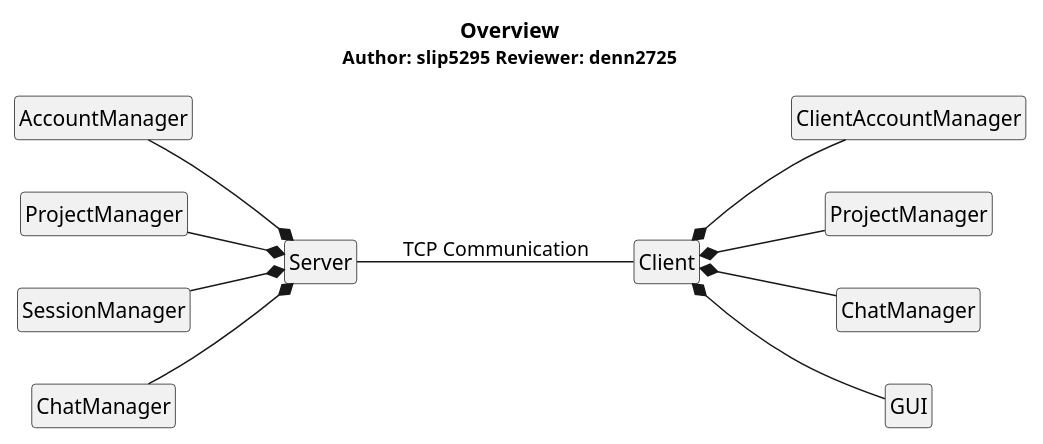
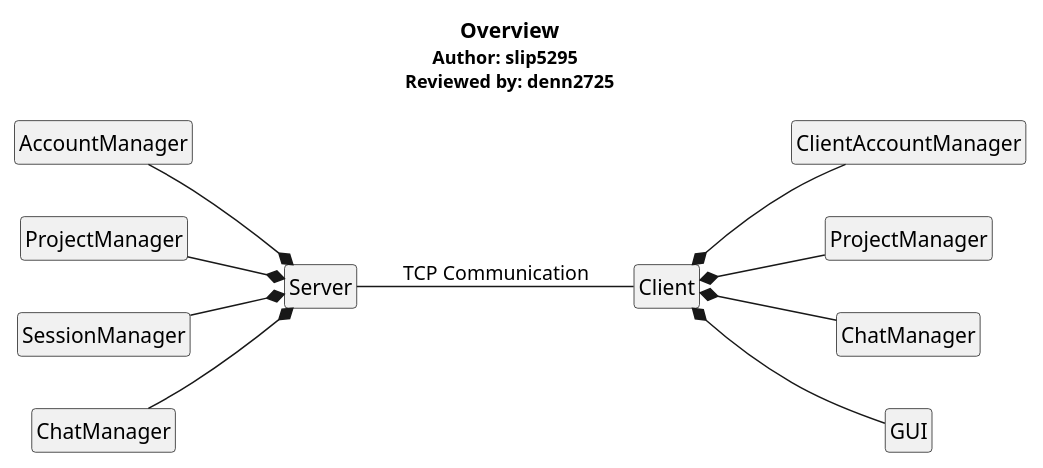
Before and after one commit to voxelv/sQuire_kw: the diagram in hw3/Overview/overview.pu, drawn with PlantUML. The commit also changed 1 other file, not shown here.

Commit message:
Changed "reviewer" to "reviewed by"

```diff
--- a/hw3/Overview/overview.pu
+++ b/hw3/Overview/overview.pu
@@ -1,34 +1,34 @@
 @startuml
 hide circle
 hide empty members
 
-title <b>Overview</b>\n<size:12>Author: slip5295  Reviewer: denn2725</size>
+title <b>Overview</b>\n<size:12>Author: slip5295  \n<size:12>Reviewed by: denn2725</size>
 
 left to right direction
 
 class "Client" as sq_c 
 class "Server" as sq_s
 
 class "ClientAccountManager" as sq_acntmgr 
 class "ProjectManager" as sq_projmgr
 class "ChatManager" as sq_chatmgr
 class "GUI" as sq_gui
 
 class "AccountManager" as sqs_ua_m
 class "ProjectManager" as sqs_pr_m
 class "SessionManager" as sqs_se_m
 class "ChatManager" as sqs_ch_m
 
 sq_c *-- sq_projmgr
 sq_c *-- sq_acntmgr
 sq_c *-- sq_chatmgr
 sq_c *-- sq_gui
 
 sq_c -up- sq_s : TCP Communication
 
 sqs_pr_m --* sq_s 
 sqs_ua_m --* sq_s 
 sqs_se_m --* sq_s 
 sqs_ch_m --* sq_s 
 
 @enduml
```
